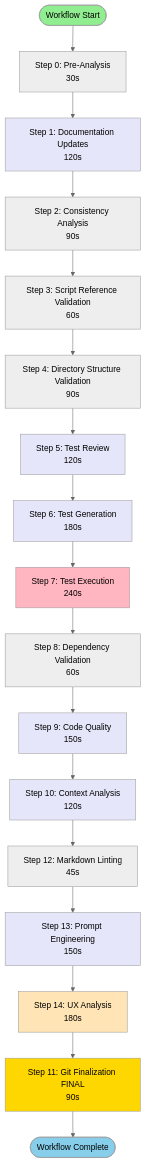
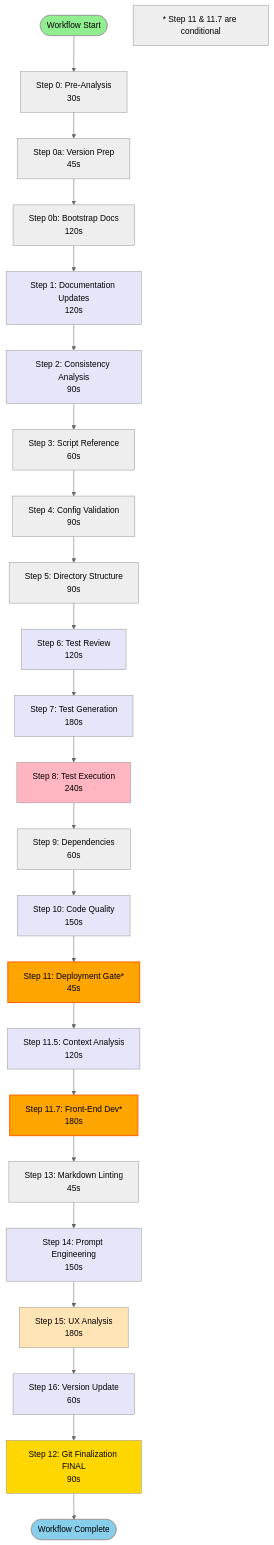
One commit to mpbarbosa/ai_workflow changed the first of 18 diagrams in docs/reference/workflow-diagrams.md. Above: the diagram before and after it, drawn with Mermaid (neutral theme). The commit also changed other lines of this file and 55 other files, not shown here.

First line of the commit message:
fix(workflow): Remove circular dependency and update documentation to v4.1.0

````diff
--- a/docs/reference/workflow-diagrams.md
+++ b/docs/reference/workflow-diagrams.md
@@ -28,28 +28,38 @@
 ```mermaid
 graph TD
     Start([Workflow Start]) --> Step0[Step 0: Pre-Analysis<br/>30s]
-    Step0 --> Step1[Step 1: Documentation Updates<br/>120s]
+    Step0 --> Step0a[Step 0a: Version Prep<br/>45s]
+    Step0a --> Step0b[Step 0b: Bootstrap Docs<br/>120s]
+    Step0b --> Step1[Step 1: Documentation Updates<br/>120s]
     Step1 --> Step2[Step 2: Consistency Analysis<br/>90s]
-    Step2 --> Step3[Step 3: Script Reference Validation<br/>60s]
-    Step3 --> Step4[Step 4: Directory Structure Validation<br/>90s]
-    Step4 --> Step5[Step 5: Test Review<br/>120s]
-    Step5 --> Step6[Step 6: Test Generation<br/>180s]
-    Step6 --> Step7[Step 7: Test Execution<br/>240s]
-    Step7 --> Step8[Step 8: Dependency Validation<br/>60s]
-    Step8 --> Step9[Step 9: Code Quality<br/>150s]
-    Step9 --> Step10[Step 10: Context Analysis<br/>120s]
-    Step10 --> Step12[Step 12: Markdown Linting<br/>45s]
-    Step12 --> Step13[Step 13: Prompt Engineering<br/>150s]
-    Step13 --> Step14[Step 14: UX Analysis<br/>180s]
-    Step14 --> Step11[Step 11: Git Finalization FINAL<br/>90s]
-    Step11 --> End([Workflow Complete])
+    Step2 --> Step3[Step 3: Script Reference<br/>60s]
+    Step3 --> Step4[Step 4: Config Validation<br/>90s]
+    Step4 --> Step5[Step 5: Directory Structure<br/>90s]
+    Step5 --> Step6[Step 6: Test Review<br/>120s]
+    Step6 --> Step7[Step 7: Test Generation<br/>180s]
+    Step7 --> Step8[Step 8: Test Execution<br/>240s]
+    Step8 --> Step9[Step 9: Dependencies<br/>60s]
+    Step9 --> Step10[Step 10: Code Quality<br/>150s]
+    Step10 --> Step11[Step 11: Deployment Gate*<br/>45s]
+    Step11 --> Step11_5[Step 11.5: Context Analysis<br/>120s]
+    Step11_5 --> Step11_7[Step 11.7: Front-End Dev*<br/>180s]
+    Step11_7 --> Step13[Step 13: Markdown Linting<br/>45s]
+    Step13 --> Step14[Step 14: Prompt Engineering<br/>150s]
+    Step14 --> Step15[Step 15: UX Analysis<br/>180s]
+    Step15 --> Step16[Step 16: Version Update<br/>60s]
+    Step16 --> Step12[Step 12: Git Finalization FINAL<br/>90s]
+    Step12 --> End([Workflow Complete])
     
     style Start fill:#90EE90
     style End fill:#87CEEB
-    style Step7 fill:#FFB6C1
-    style Step11 fill:#FFD700
-    style Step14 fill:#FFE4B5
+    style Step8 fill:#FFB6C1
+    style Step12 fill:#FFD700
+    style Step15 fill:#FFE4B5
     
     classDef aiStep fill:#E6E6FA
-    class Step1,Step5,Step6,Step9,Step10,Step11,Step13,Step14 aiStep
+    classDef conditional fill:#FFA500,stroke:#FF6600,stroke-width:2px
+    class Step1,Step2,Step6,Step7,Step10,Step11_5,Step11_7,Step12,Step14,Step15,Step16 aiStep
+    class Step11,Step11_7 conditional
+    
+    Note1[* Step 11 & 11.7 are conditional]
 ```
````
